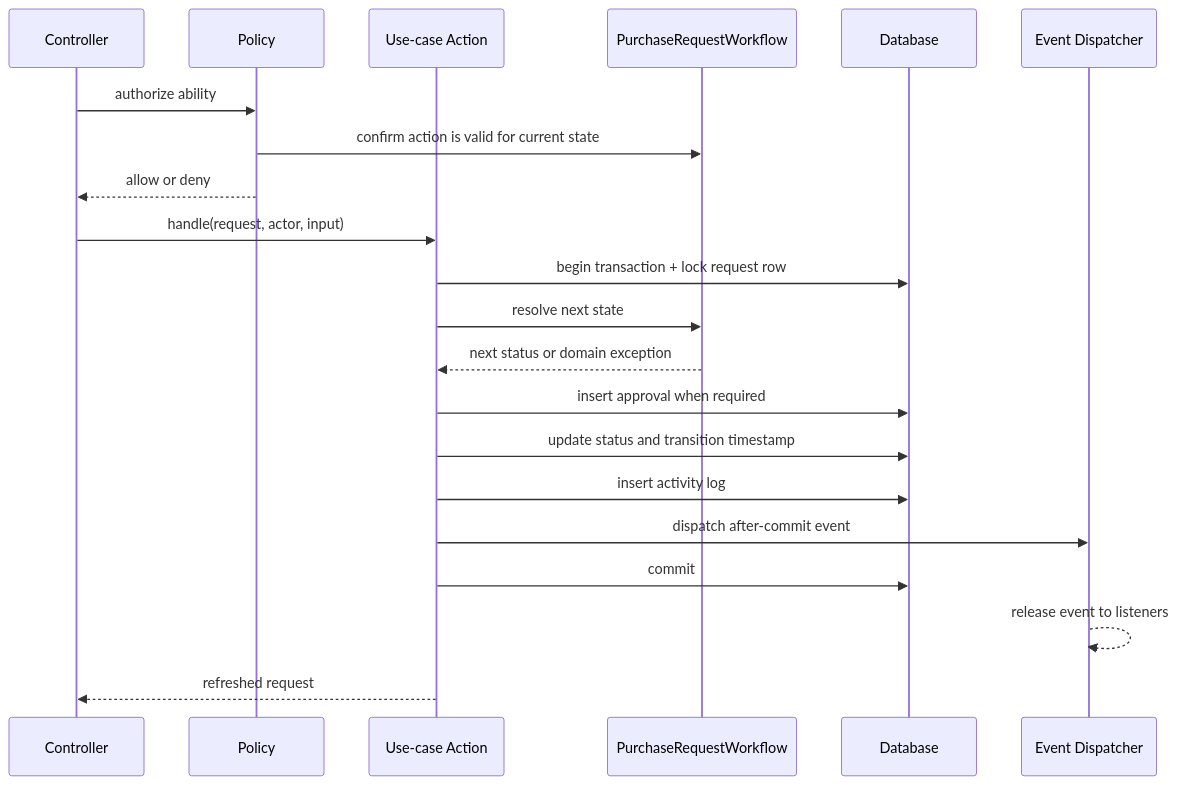
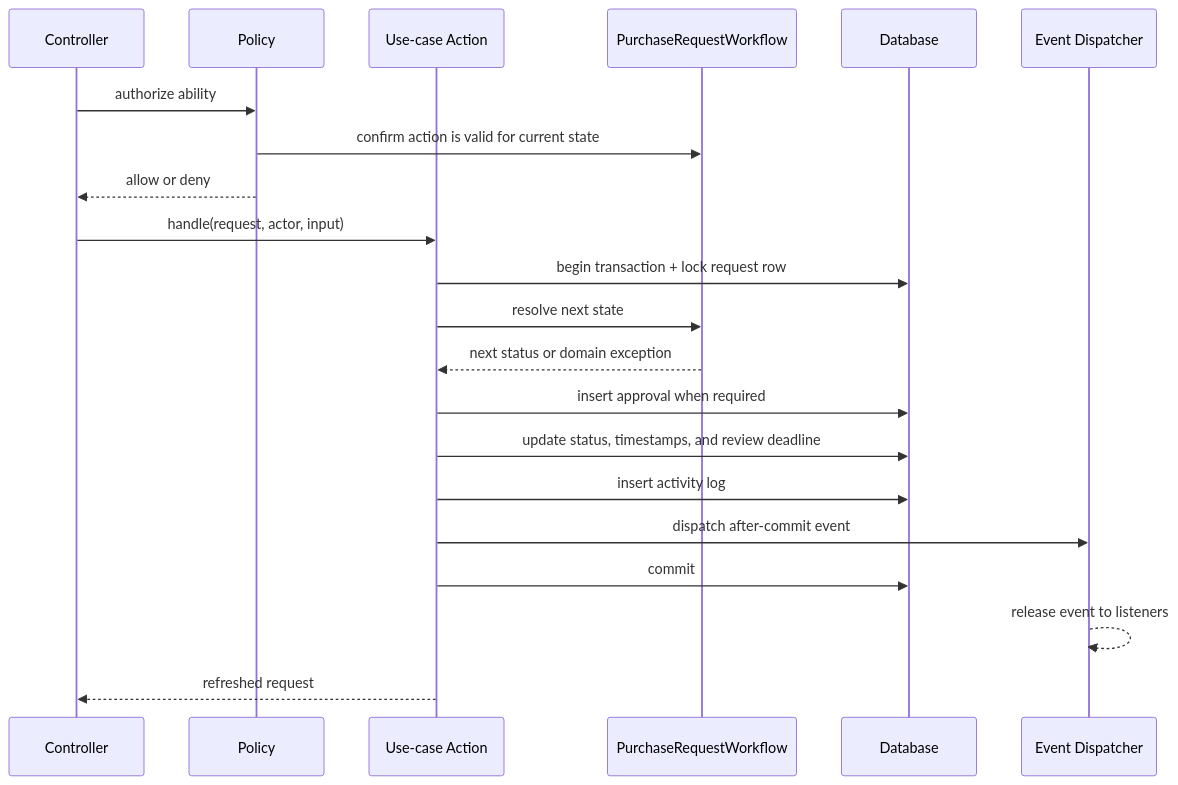
One commit to ZiadEldesoky/FlowGate changed the second of 2 diagrams in docs/architecture.md. Above: the diagram before and after it, drawn with Mermaid. The commit also changed other lines of this file and 6 other files, not shown here.

````diff
--- a/docs/architecture.md
+++ b/docs/architecture.md
@@ -92,24 +92,24 @@
 ```mermaid
 sequenceDiagram
     participant C as Controller
     participant P as Policy
     participant A as Use-case Action
     participant W as PurchaseRequestWorkflow
     participant D as Database
     participant E as Event Dispatcher
 
     C->>P: authorize ability
     P->>W: confirm action is valid for current state
     P-->>C: allow or deny
     C->>A: handle(request, actor, input)
     A->>D: begin transaction + lock request row
     A->>W: resolve next state
     W-->>A: next status or domain exception
     A->>D: insert approval when required
-    A->>D: update status and transition timestamp
+    A->>D: update status, timestamps, and review deadline
     A->>D: insert activity log
     A->>E: dispatch after-commit event
     A->>D: commit
     E-->>E: release event to listeners
     A-->>C: refreshed request
 ```
````
